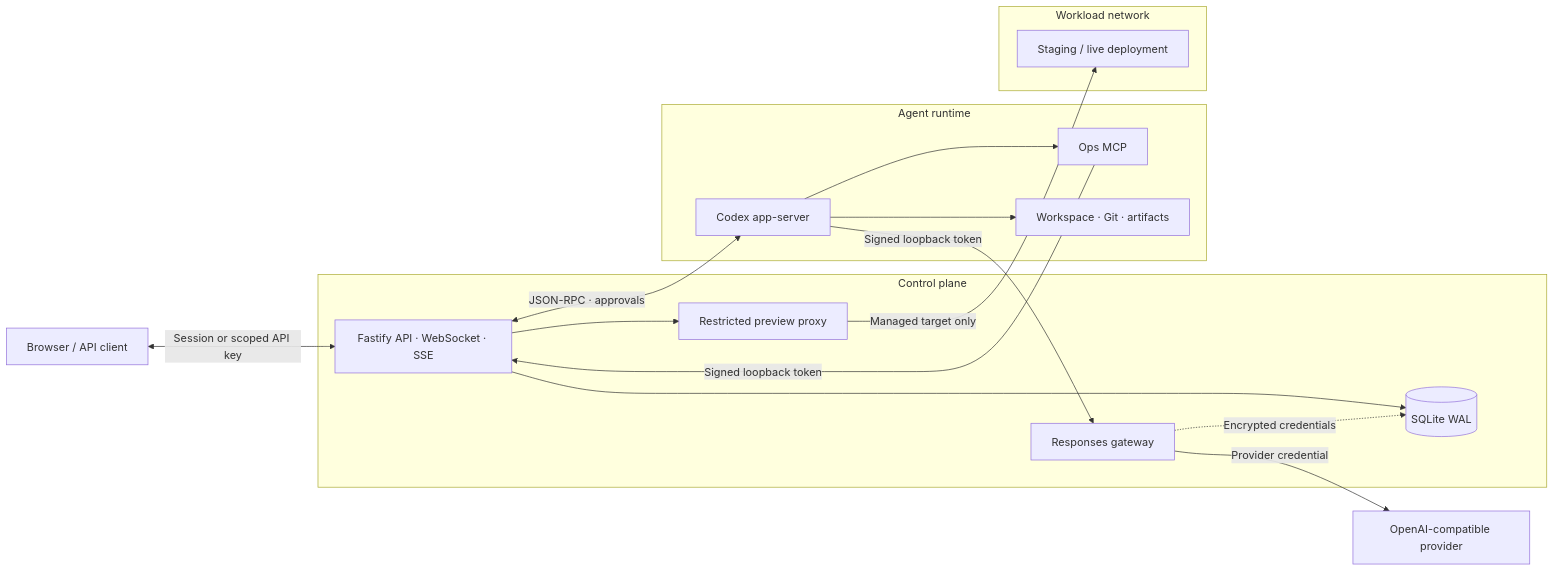
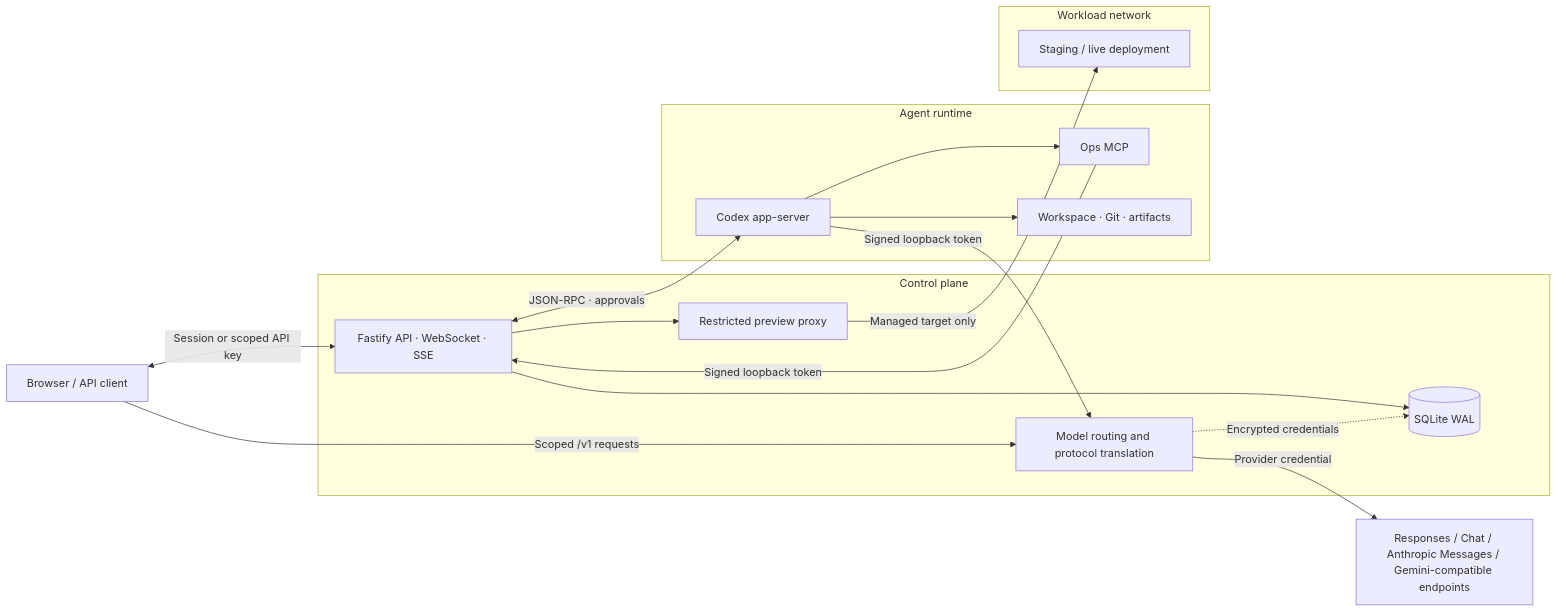
One commit to Waffing/codex-deck changed the diagram in README.en.md. Above: the diagram before and after it, drawn with Mermaid. The commit also changed other lines of this file and 117 other files, not shown here.

Commit message:
feat: ship the multi-protocol gateway and redesigned Codex workbench

````diff
--- a/README.en.md
+++ b/README.en.md
@@ -173,34 +200,35 @@
 ```mermaid
 flowchart LR
     client["Browser / API client"]
-    provider["OpenAI-compatible provider"]
+    provider["Responses / Chat / Anthropic Messages / Gemini-compatible endpoints"]
 
     subgraph control["Control plane"]
       api["Fastify API · WebSocket · SSE"]
       db[("SQLite WAL")]
-      gateway["Responses gateway"]
+      gateway["Model routing and protocol translation"]
       preview["Restricted preview proxy"]
       api --> db
       api --> preview
       gateway -.->|"Encrypted credentials"| db
     end
 
     subgraph runtime["Agent runtime"]
       codex["Codex app-server"]
       mcp["Ops MCP"]
       work["Workspace · Git · artifacts"]
       codex --> work
       codex --> mcp
     end
 
     subgraph deployment["Workload network"]
       service["Staging / live deployment"]
     end
 
     client <-->|"Session or scoped API key"| api
+    client -->|"Scoped /v1 requests"| gateway
     api <-->|"JSON-RPC · approvals"| codex
     codex -->|"Signed loopback token"| gateway
     gateway -->|"Provider credential"| provider
     mcp -->|"Signed loopback token"| api
     preview -->|"Managed target only"| service
 ```
````
